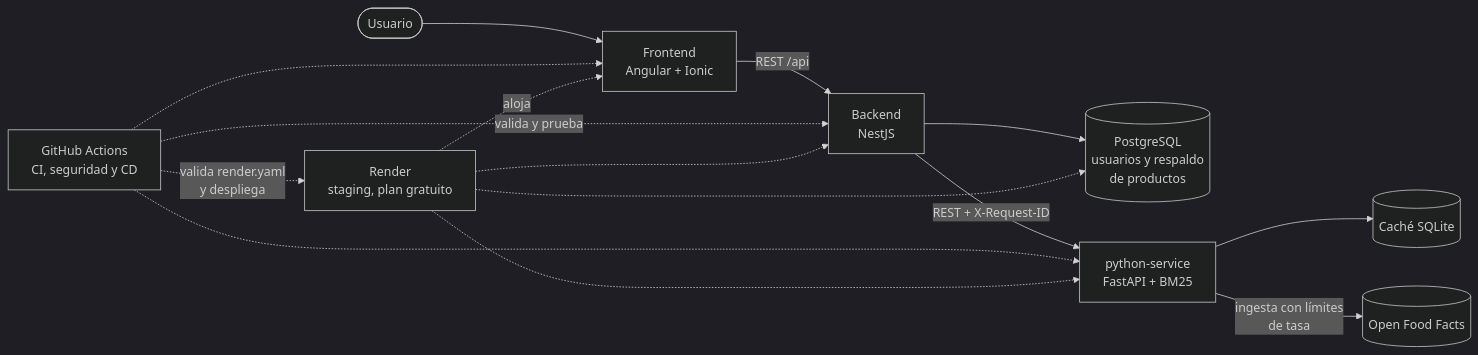
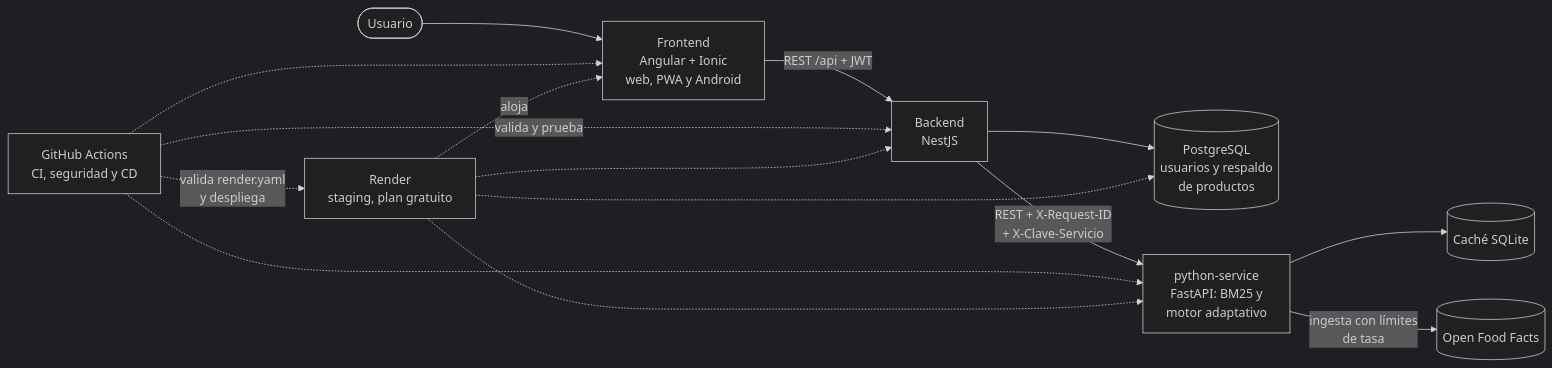
The diagram in README.md (Nachetao/FoodAware-Project), drawn with Mermaid (dark theme) before and after one commit. The commit also changed other lines of this file and 9 other files, not shown here.

````diff
--- a/README.md
+++ b/README.md
@@ -101,18 +176,18 @@
 ```mermaid
 flowchart LR
-    Usuario([Usuario]) --> Front["Frontend<br/>Angular + Ionic"]
-    Front -->|"REST /api"| Back["Backend<br/>NestJS"]
+    Usuario([Usuario]) --> Front["Frontend<br/>Angular + Ionic<br/>web, PWA y Android"]
+    Front -->|"REST /api + JWT"| Back["Backend<br/>NestJS"]
     Back --> PG[("PostgreSQL<br/>usuarios y respaldo<br/>de productos")]
-    Back -->|"REST + X-Request-ID"| Py["python-service<br/>FastAPI + BM25"]
+    Back -->|"REST + X-Request-ID<br/>+ X-Clave-Servicio"| Py["python-service<br/>FastAPI: BM25 y<br/>motor adaptativo"]
     Py --> SQLite[("Caché SQLite")]
     Py -->|"ingesta con límites<br/>de tasa"| OFF[("Open Food Facts")]
 
     GH["GitHub Actions<br/>CI, seguridad y CD"] -.->|"valida y prueba"| Back
     GH -.-> Py
     GH -.-> Front
     GH -.->|"valida render.yaml<br/>y despliega"| Render["Render<br/>staging, plan gratuito"]
     Render -.->|"aloja"| Front
     Render -.-> Back
     Render -.-> Py
     Render -.-> PG
 ```
````
